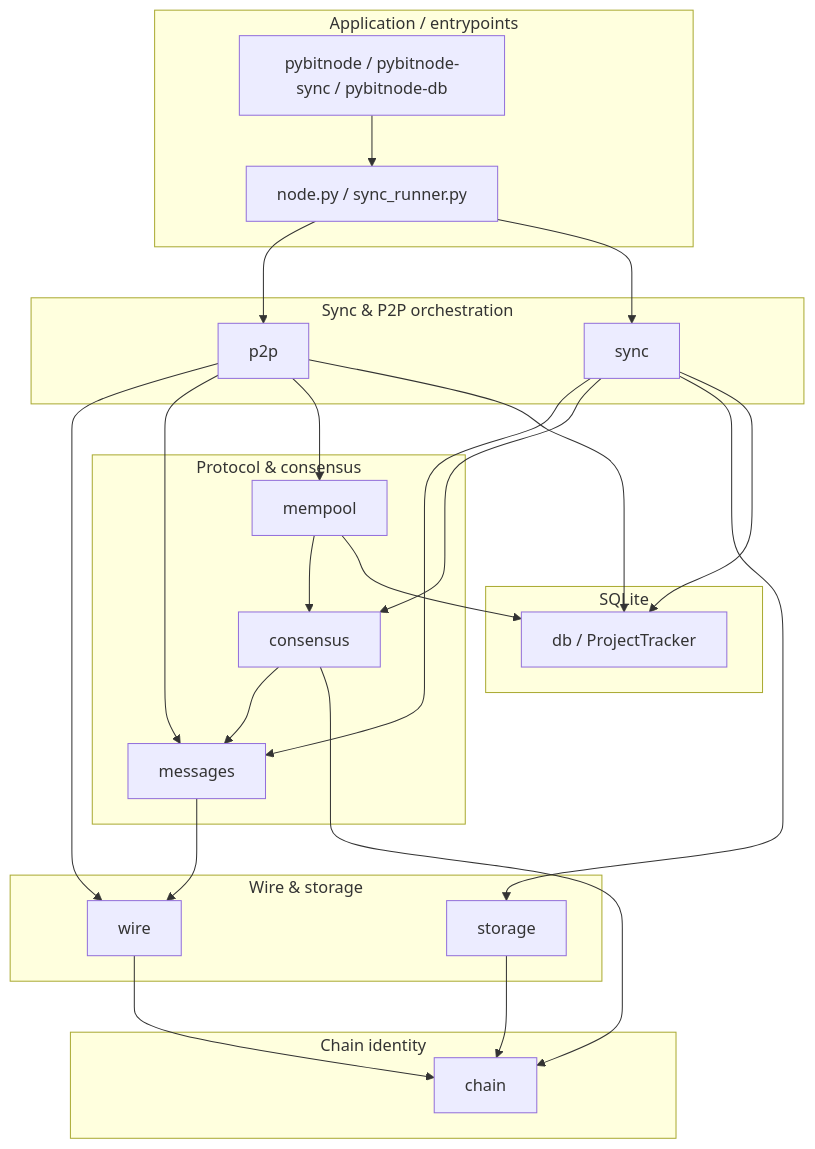
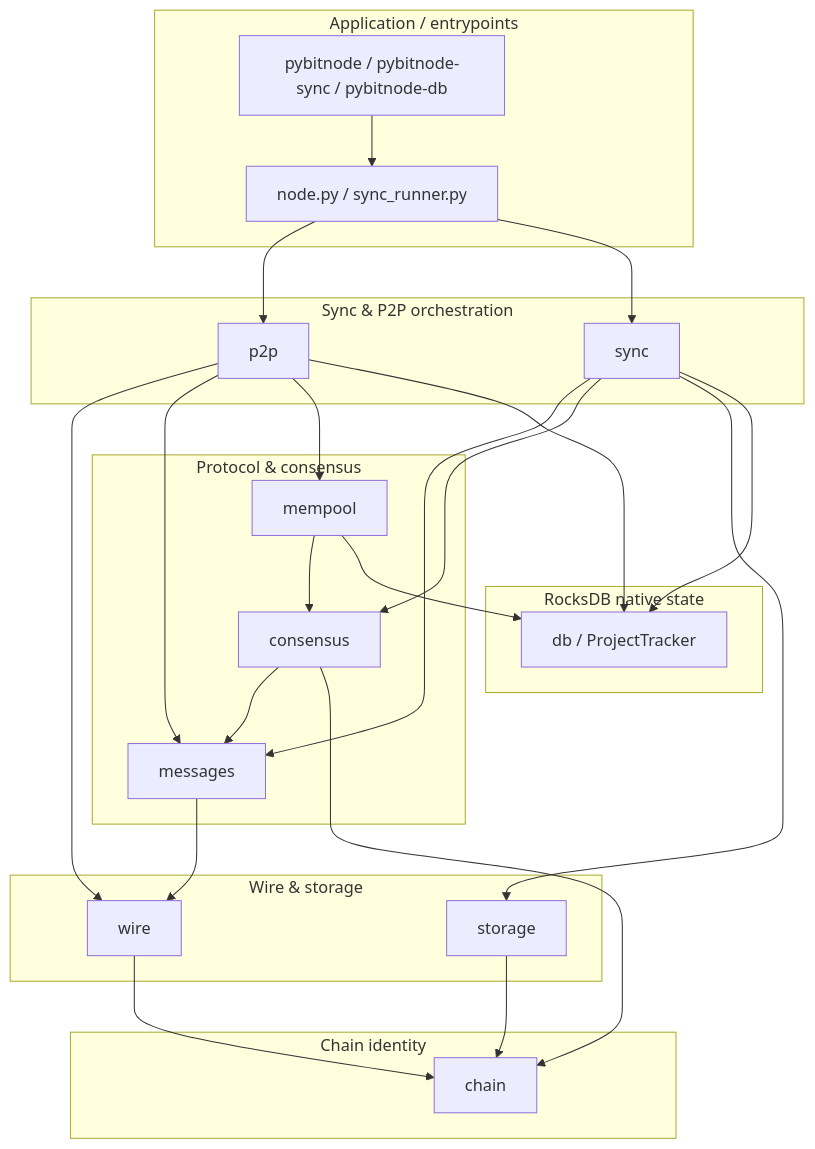
Before and after one commit to donavonguyot/rosetta-bitcoin: the diagram in Nodes/Python/docs/ARCHITECTURE.md, drawn with Mermaid. The commit also changed other lines of this file and 45 other files, not shown here.

Commit message:
Move Python to native RocksDB state.

````diff
--- a/Nodes/Python/docs/ARCHITECTURE.md
+++ b/Nodes/Python/docs/ARCHITECTURE.md
@@ -9,50 +9,50 @@
 ```mermaid
 flowchart TB
     subgraph app["Application / entrypoints"]
         CLI[pybitnode / pybitnode-sync / pybitnode-db]
         Node[node.py / sync_runner.py]
     end
 
     subgraph sync_p2p["Sync & P2P orchestration"]
         P2P[p2p]
         Sync[sync]
     end
 
     subgraph domain["Protocol & consensus"]
         Msg[messages]
         Cons[consensus]
         Mpool[mempool]
     end
 
     subgraph io["Wire & storage"]
         Wire[wire]
         Sto[storage]
     end
 
     subgraph params["Chain identity"]
         Chain[chain]
     end
 
-    subgraph persist["SQLite"]
+    subgraph persist["RocksDB native state"]
         DB[db / ProjectTracker]
     end
 
     CLI --> Node
     Node --> P2P
     Node --> Sync
     P2P --> Wire
     P2P --> Msg
     Sync --> Msg
     Sync --> Cons
     Sync --> Sto
     P2P --> Mpool
     Mpool --> Cons
     Mpool --> DB
     Sync --> DB
     P2P --> DB
     Msg --> Wire
     Cons --> Msg
     Cons --> Chain
     Sto --> Chain
     Wire --> Chain
 ```
````
